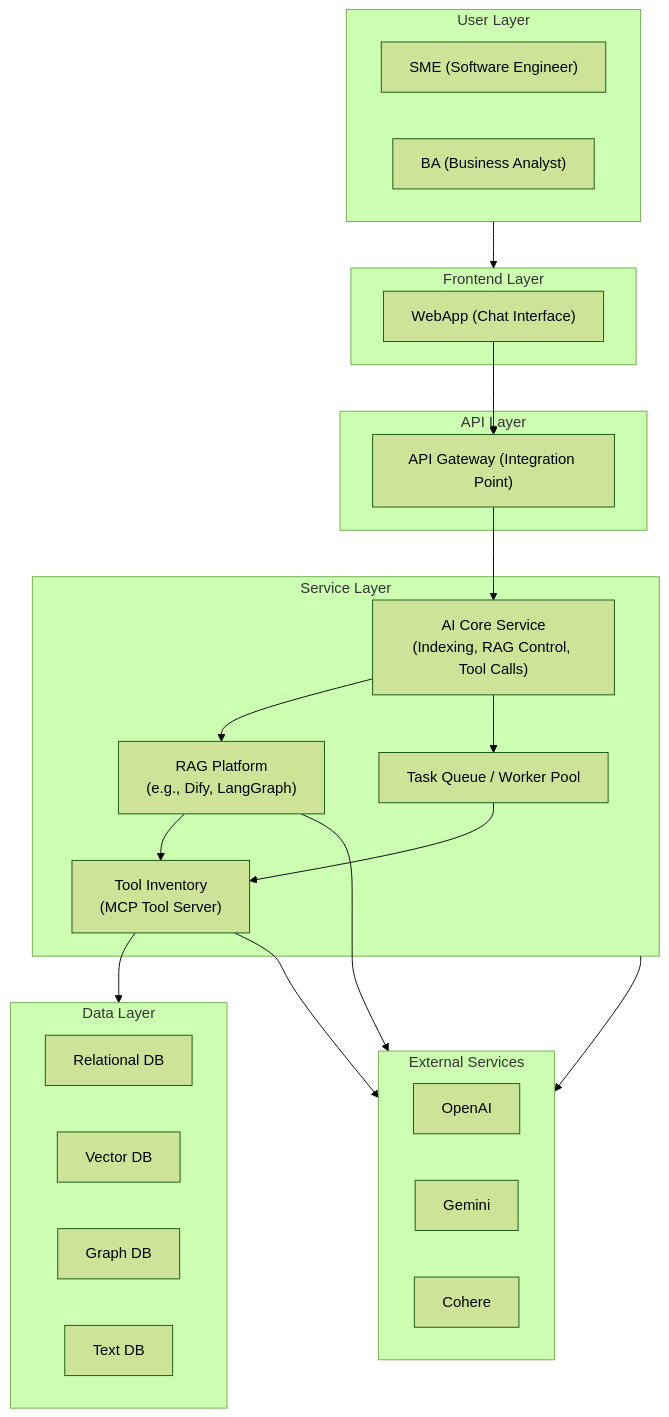
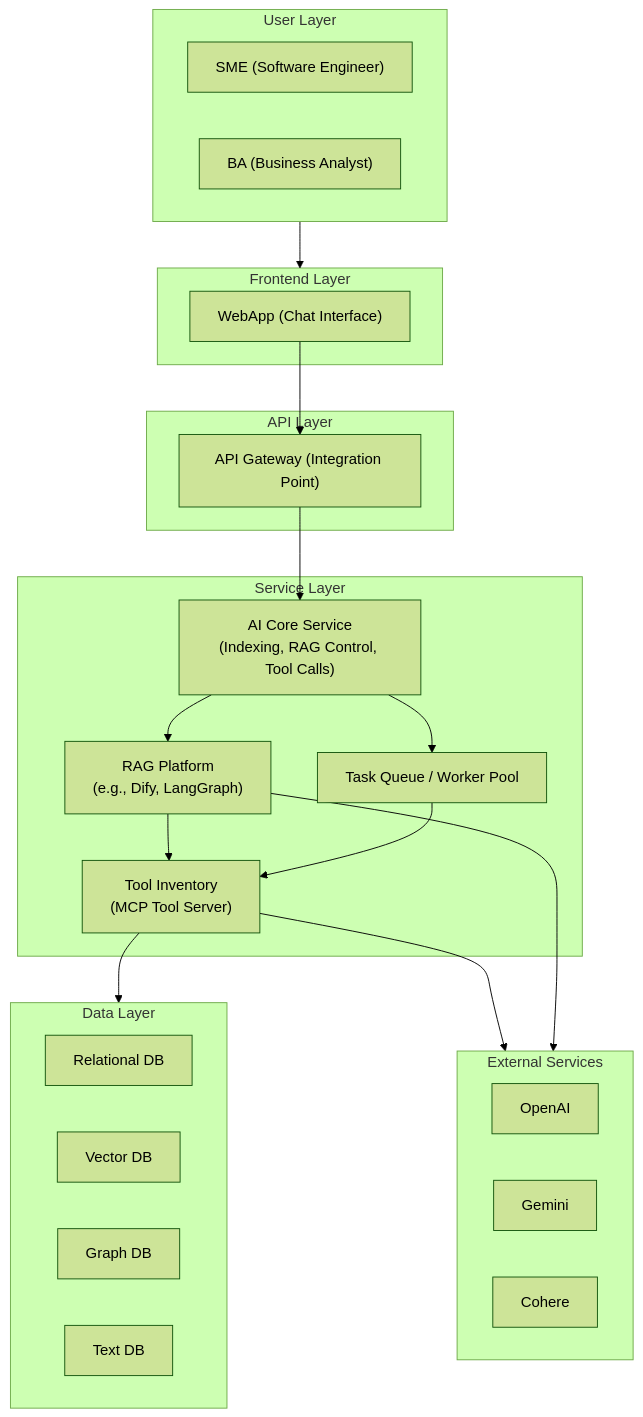
Before and after one commit to anhttmle/CAIO: the second of 3 diagrams in Project Assistant/README.md, drawn with Mermaid (forest theme). The commit also changed other lines of this file, not shown here.

````diff
--- a/Project Assistant/README.md
+++ b/Project Assistant/README.md
@@ -28,53 +28,51 @@
 ```mermaid
 
 graph TB
     subgraph LUser["User Layer"]
         SME["SME (Software Engineer)"]
         BA["BA (Business Analyst)"]
     end
 
     subgraph LFrontend["Frontend Layer"]
         WebApp["WebApp (Chat Interface)"]
     end
 
     subgraph LAPI["API Layer"]
         APIGateway["API Gateway (Integration Point)"]
     end
 
     subgraph LService["Service Layer"]
         AICore["AI Core Service<br>(Indexing, RAG Control, Tool Calls)"]
         RAGPlatform["RAG Platform<br>(e.g., Dify, LangGraph)"]
         ToolInventory["Tool Inventory<br>(MCP Tool Server)"]
         Worker["Task Queue / Worker Pool"]
     end
 
     subgraph LData["Data Layer"]
         RelDB["Relational DB"]
         VecDB["Vector DB"]
         GraphDB["Graph DB"]
         TextDB["Text DB"]
     end
 
     subgraph LExternal["External Services"]
         OpenAI["OpenAI"]
         Gemini["Gemini"]
         Cohere["Cohere"]
     end
 
     LUser --> LFrontend
     
     WebApp --> APIGateway
     APIGateway --> AICore
 
-    LService --> LExternal
-
     AICore --> RAGPlatform
     RAGPlatform --> ToolInventory
     AICore --> Worker
     Worker --> ToolInventory
 
     ToolInventory --> LData
     ToolInventory --> LExternal
     RAGPlatform --> LExternal
 
 ```
````
